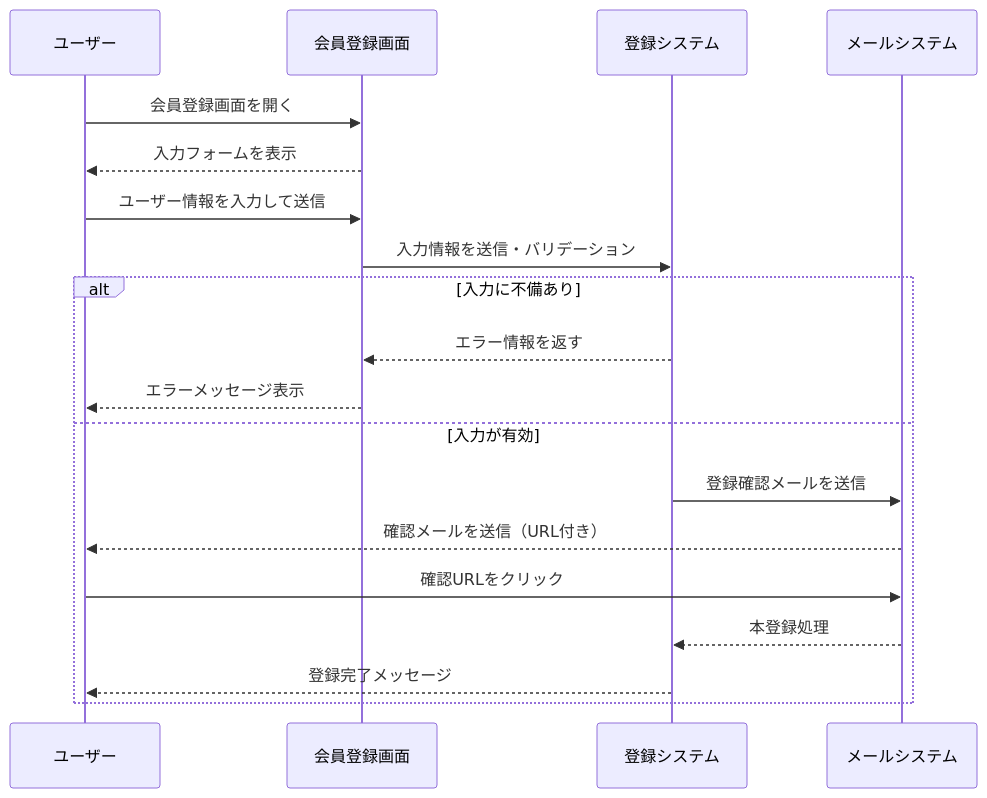
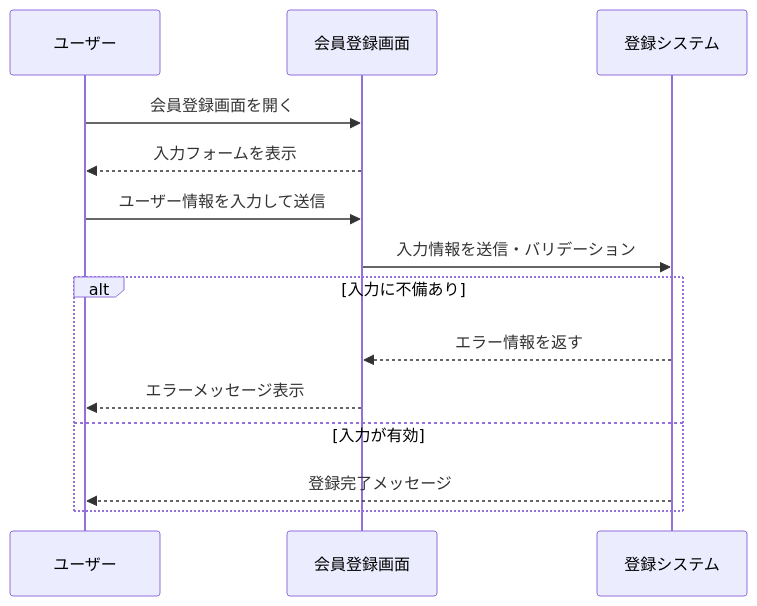
The third of 3 diagrams in 基本設計/機能設計/機能設計.md (ainaga09/ACE), drawn with Mermaid before and after one commit. The commit also changed other lines of this file, not shown here.

```diff
--- a/基本設計/機能設計/機能設計.md
+++ b/基本設計/機能設計/機能設計.md
@@ -139,24 +140,19 @@
 <div class="mermaid">
 sequenceDiagram
     participant ユーザー
     participant 会員登録画面
     participant 登録システム
-    participant メールシステム
 
     ユーザー->>会員登録画面: 会員登録画面を開く
     会員登録画面-->>ユーザー: 入力フォームを表示
 
     ユーザー->>会員登録画面: ユーザー情報を入力して送信
     会員登録画面->>登録システム: 入力情報を送信・バリデーション
     alt 入力に不備あり
         登録システム-->>会員登録画面: エラー情報を返す
         会員登録画面-->>ユーザー: エラーメッセージ表示
     else 入力が有効
-        登録システム->>メールシステム: 登録確認メールを送信
-        メールシステム-->>ユーザー: 確認メールを送信（URL付き）
-        ユーザー->>メールシステム: 確認URLをクリック
-        メールシステム-->>登録システム: 本登録処理
         登録システム-->>ユーザー: 登録完了メッセージ
     end
 
 </div>
```
